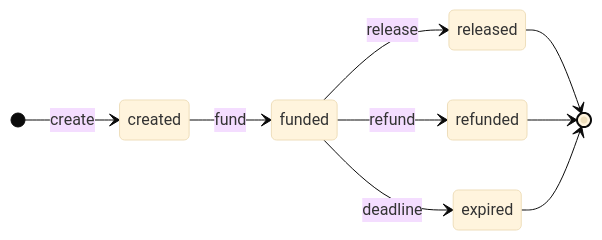
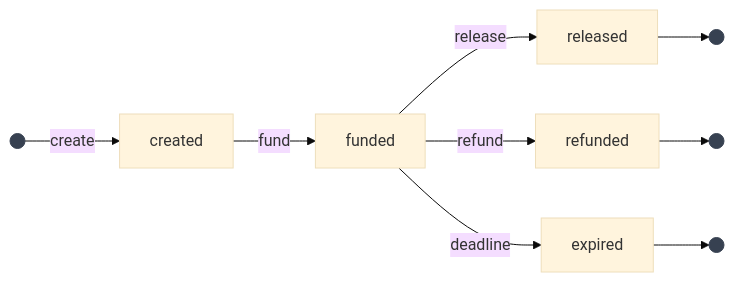
Before and after one commit to claw-network/clawnet: the third of 3 diagrams in packages/docs/content/docs/getting-started/core-concepts/wallet.md, drawn with Mermaid (base theme). The commit also changed 1 other file, not shown here.

Commit message:
refactor: update escrow state machine diagrams for clarity and consistency

````diff
--- a/packages/docs/content/docs/getting-started/core-concepts/wallet.md
+++ b/packages/docs/content/docs/getting-started/core-concepts/wallet.md
@@ -102,12 +102,15 @@
 ```mermaid
-stateDiagram-v2
-    direction LR
-    [*] --> created : create
-    created --> funded : fund
-    funded --> released : release
-    funded --> refunded : refund
-    funded --> expired : deadline
-    released --> [*]
-    refunded --> [*]
-    expired --> [*]
+flowchart LR
+    S(( )) -->|create| created
+    created -->|fund| funded
+    funded -->|release| released
+    funded -->|refund| refunded
+    funded -->|deadline| expired
+    released --> E1(( ))
+    refunded --> E2(( ))
+    expired --> E3(( ))
+    style S fill:#374151,stroke:#374151,color:#374151
+    style E1 fill:#374151,stroke:#374151,color:#374151
+    style E2 fill:#374151,stroke:#374151,color:#374151
+    style E3 fill:#374151,stroke:#374151,color:#374151
 ```
````
